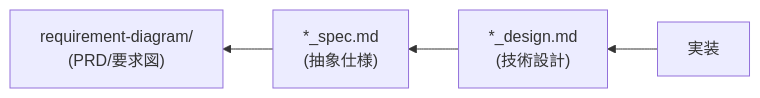
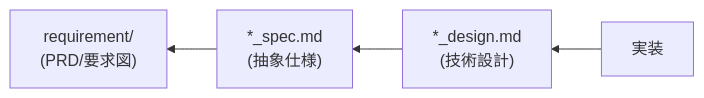
The diagram in plugins/sdd-workflow-ja/skills/doc-consistency-checker/SKILL.md (ToshikiImagawa/ai-sdd-workflow-ja), drawn with Mermaid before and after one commit. The commit also changed other lines of this file and 52 other files, not shown here.

````diff
--- a/plugins/sdd-workflow-ja/skills/doc-consistency-checker/SKILL.md
+++ b/plugins/sdd-workflow-ja/skills/doc-consistency-checker/SKILL.md
@@ -19,6 +37,6 @@
 ```mermaid
 graph RL
     IMPL[実装] --> DESIGN["*_design.md<br/>(技術設計)"]
     DESIGN --> SPEC["*_spec.md<br/>(抽象仕様)"]
-    SPEC --> PRD["requirement-diagram/<br/>(PRD/要求図)"]
+    SPEC --> PRD["requirement/<br/>(PRD/要求図)"]
 ```
````
